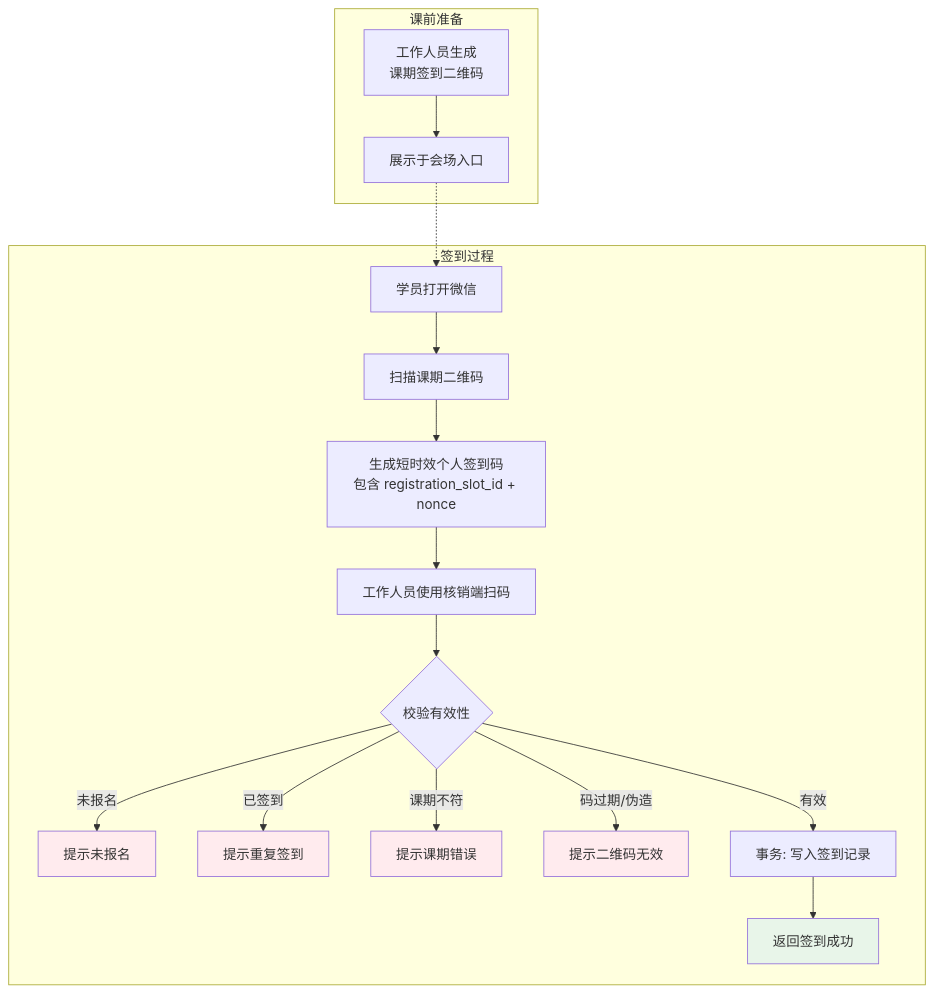
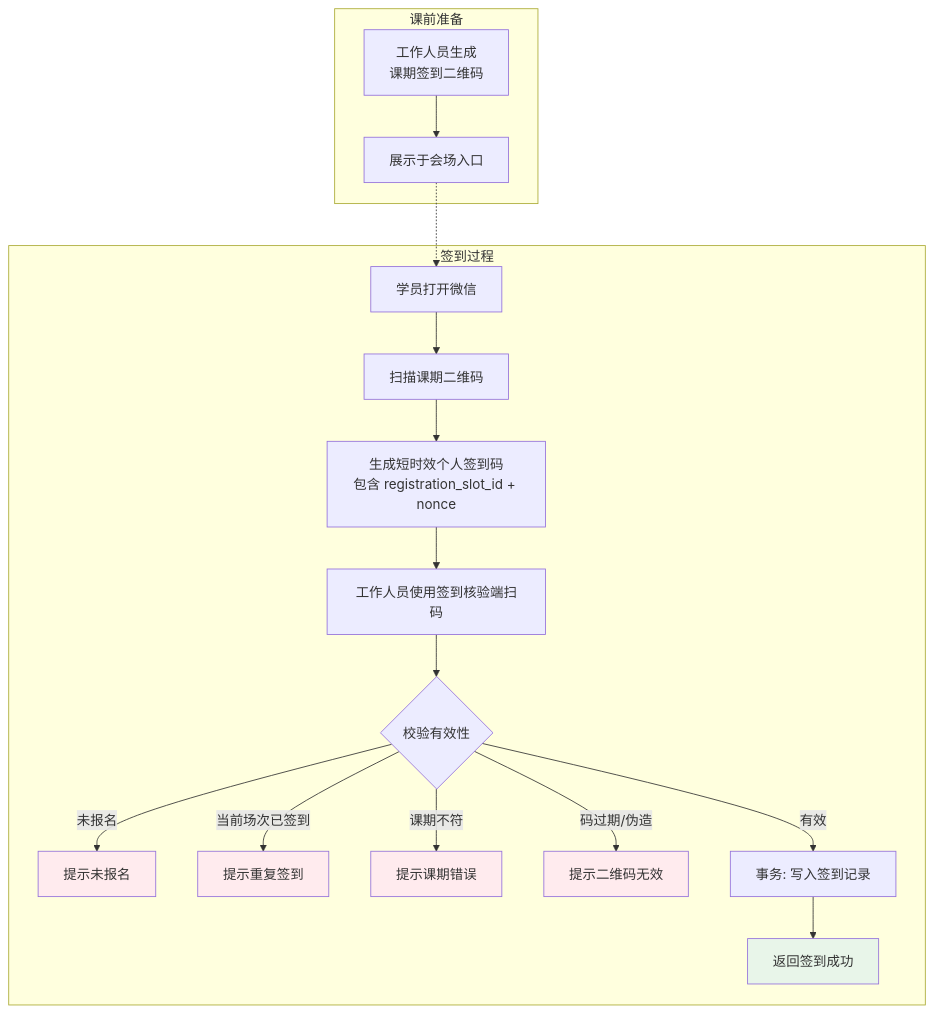
One commit to zingxy/side-job changed the fifth of 8 diagrams in 课程培训平台/PRD.md. Above: the diagram before and after it, drawn with Mermaid. The commit also changed other lines of this file and 1 other file, not shown here.

````diff
--- a/课程培训平台/PRD.md
+++ b/课程培训平台/PRD.md
@@ -709,28 +324,28 @@
 ```mermaid
 flowchart TD
     subgraph 课前准备
         A[工作人员生成<br/>课期签到二维码] --> B[展示于会场入口]
     end
 
     subgraph 签到过程
         C[学员打开微信] --> D[扫描课期二维码]
         D --> E[生成短时效个人签到码<br/>包含 registration_slot_id + nonce]
-        E --> F[工作人员使用核销端扫码]
+        E --> F[工作人员使用签到核验端扫码]
         F --> G{校验有效性}
 
         G -->|未报名| H[提示未报名]
-        G -->|已签到| I[提示重复签到]
+        G -->|当前场次已签到| I[提示重复签到]
         G -->|课期不符| J[提示课期错误]
         G -->|码过期/伪造| M[提示二维码无效]
         G -->|有效| K[事务: 写入签到记录]
         K --> L[返回签到成功]
     end
 
     B -.-> C
 
     style H fill:#ffebee
     style I fill:#ffebee
     style J fill:#ffebee
     style M fill:#ffebee
     style L fill:#e8f5e9
 ```
````
